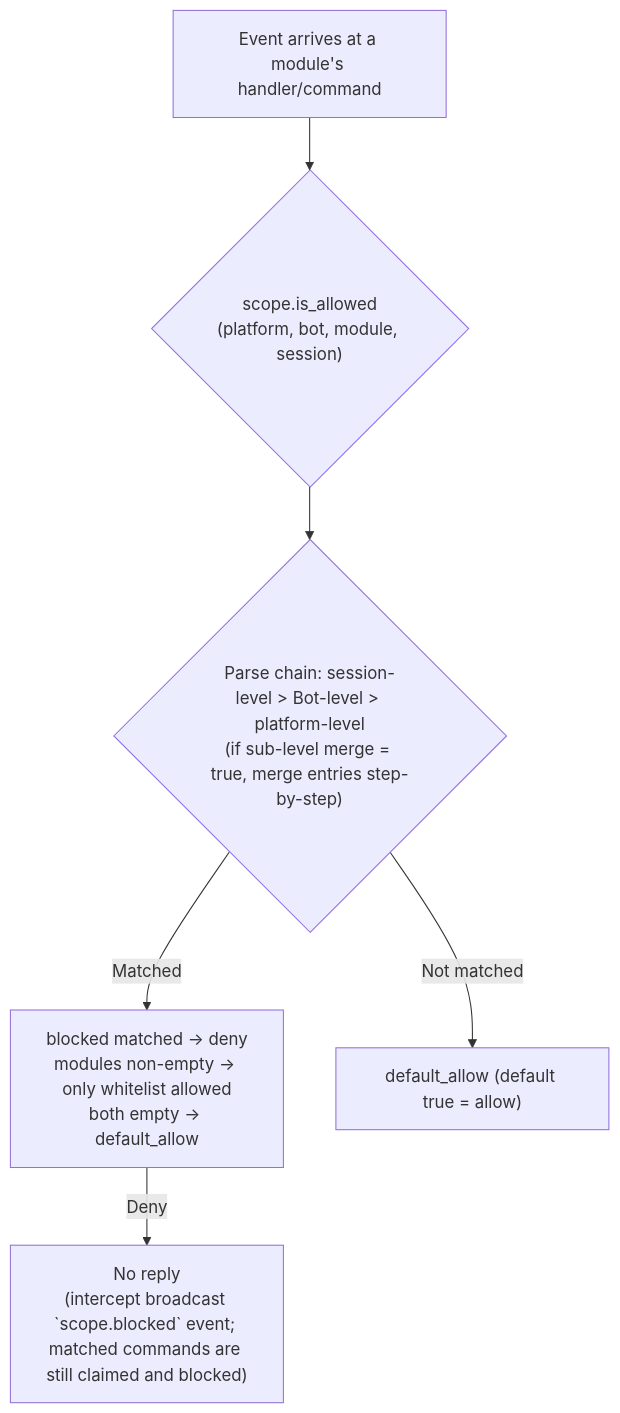
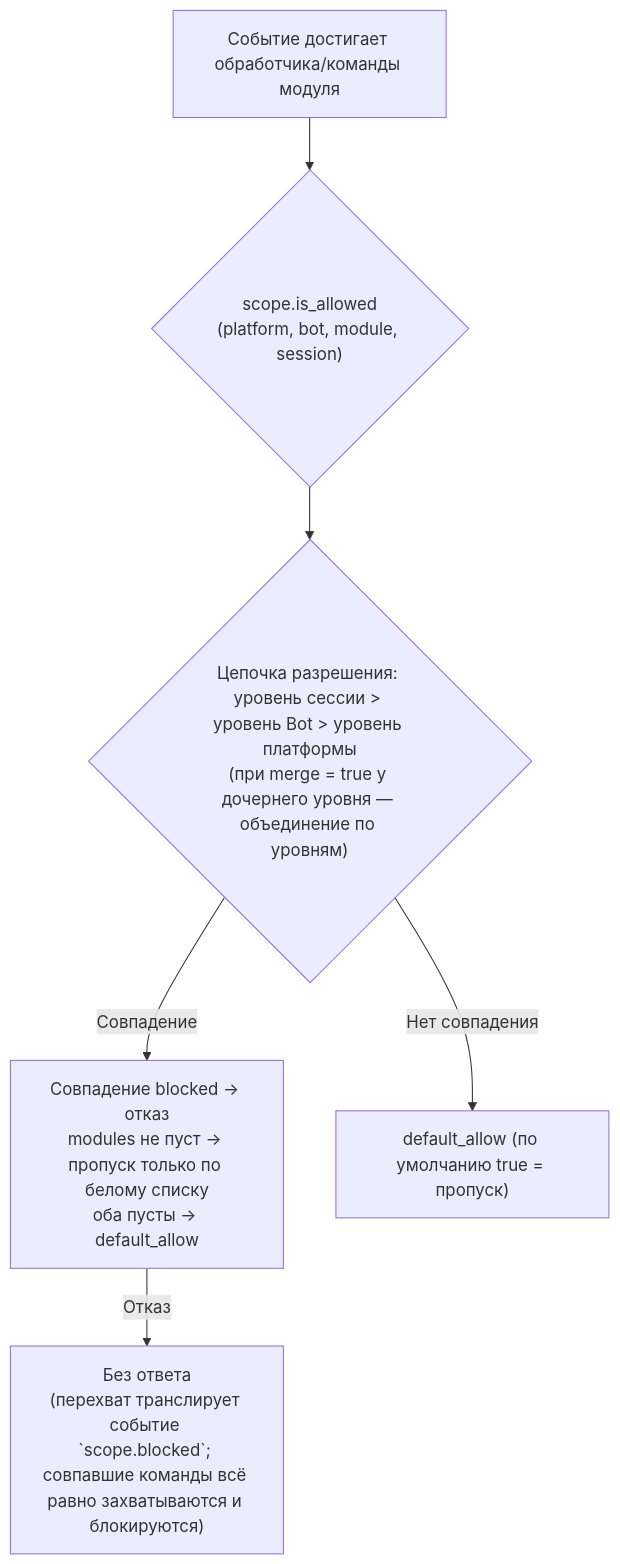
Before and after one commit to ErisPulse/ErisPulse: the diagram in docs/ru/advanced/scope.md, drawn with Mermaid. The commit also changed other lines of this file and 828 other files, not shown here.

````diff
--- a/docs/ru/advanced/scope.md
+++ b/docs/ru/advanced/scope.md
@@ -89,8 +112,8 @@
 ```mermaid
 flowchart TD
-    A["Event arrives at a module's handler/command"] --> B{"scope.is_allowed<br/>(platform, bot, module, session)"}
-    B --> C{"Parse chain: session-level > Bot-level > platform-level<br/>(if sub-level merge = true, merge entries step-by-step)"}
-    C -->|"Matched"| D["blocked matched → deny<br/>modules non-empty → only whitelist allowed<br/>both empty → default_allow"]
-    C -->|"Not matched"| E["default_allow (default true = allow)"]
-    D -->|"Deny"| Z["No reply<br/>(intercept broadcast `scope.blocked` event; matched commands are still claimed and blocked)"]
+    A["Событие достигает обработчика/команды модуля"] --> B{"scope.is_allowed<br/>(platform, bot, module, session)"}
+    B --> C{"Цепочка разрешения: уровень сессии > уровень Bot > уровень платформы<br/>(при merge = true у дочернего уровня — объединение по уровням)"}
+    C -->|"Совпадение"| D["Совпадение blocked → отказ<br/>modules не пуст → пропуск только по белому списку<br/>оба пусты → default_allow"]
+    C -->|"Нет совпадения"| E["default_allow (по умолчанию true = пропуск)"]
+    D -->|"Отказ"| Z["Без ответа<br/>(перехват транслирует событие `scope.blocked`; совпавшие команды всё равно захватываются и блокируются)"]
 ```
````
